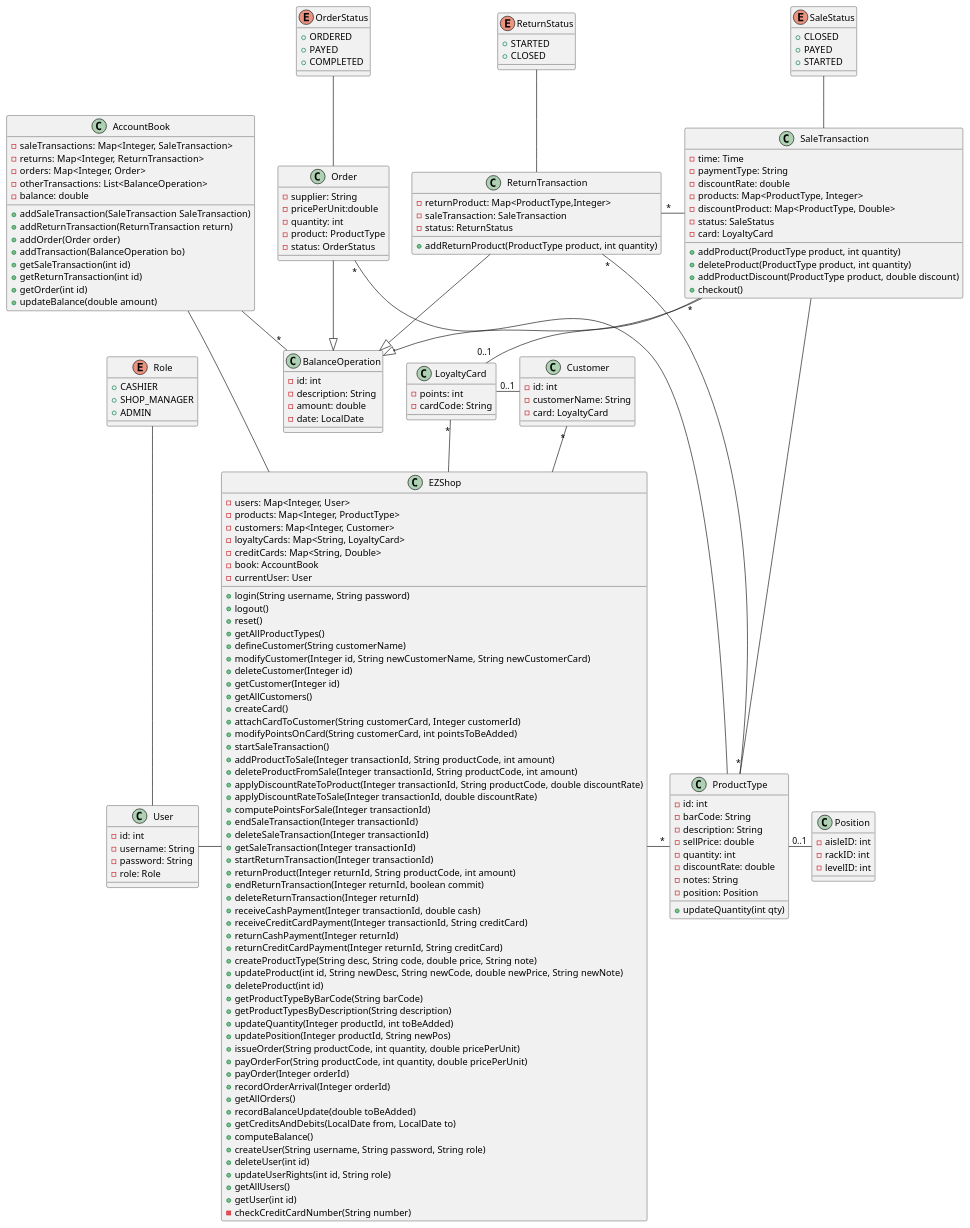
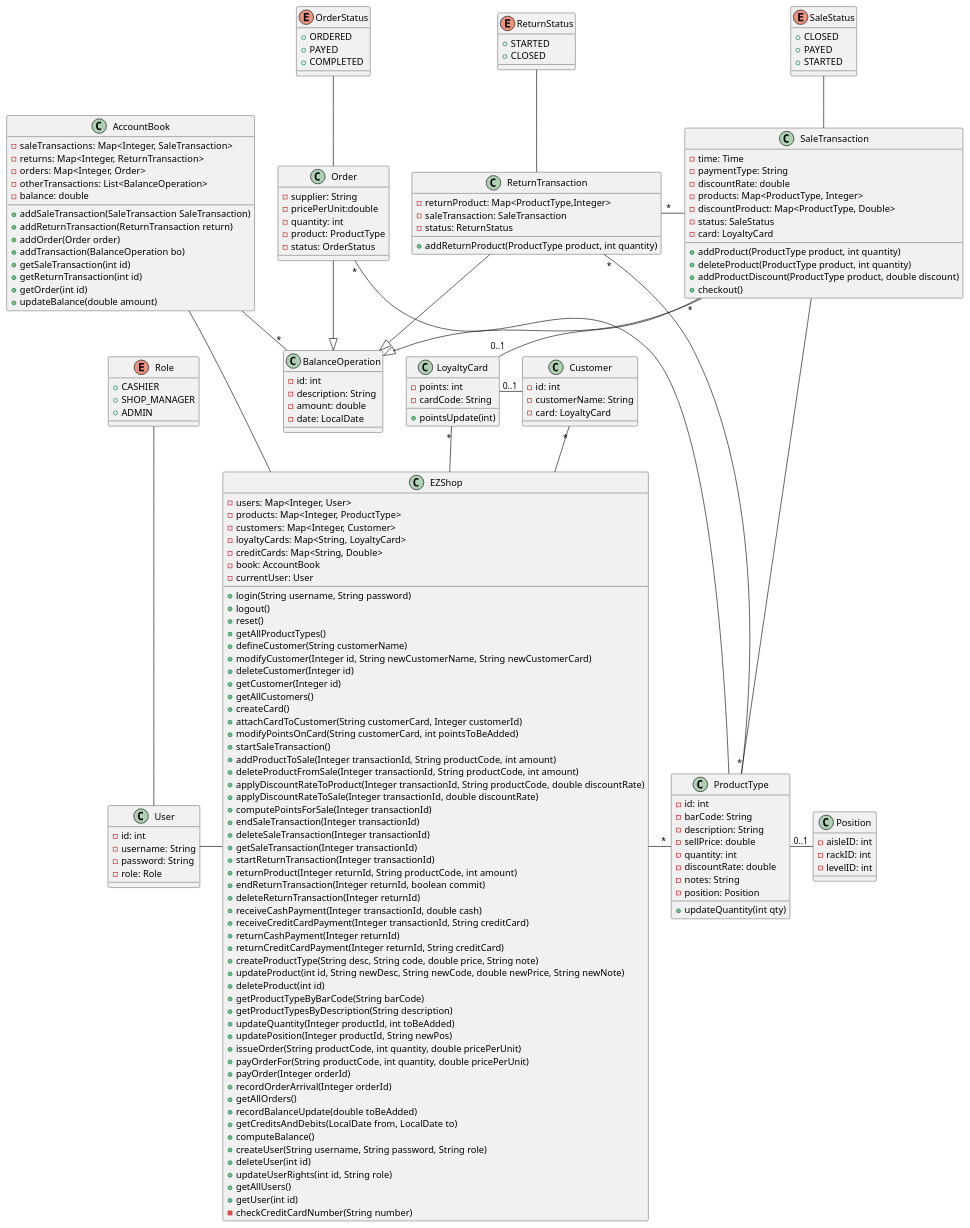
The second of 10 diagrams in Deliverables/DesignDocument.md (BMike10/EzShop), drawn with PlantUML before and after one commit. The commit also changed other lines of this file, not shown here.

```diff
--- a/Deliverables/DesignDocument.md
+++ b/Deliverables/DesignDocument.md
@@ -214,6 +214,7 @@
     ' - ID: int 
     - points: int 
     - cardCode: String 
+    + pointsUpdate(int)
 }
 
 class Customer {
```
